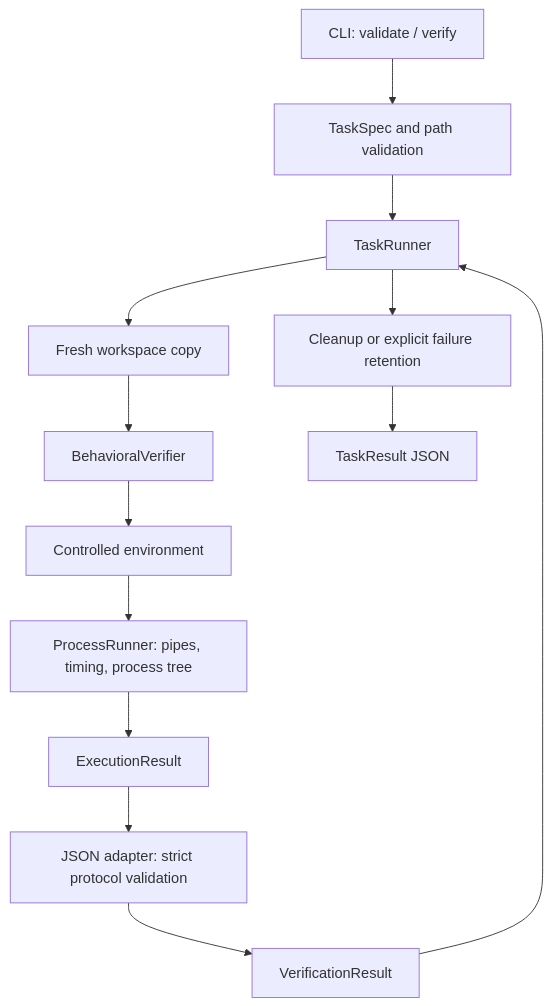
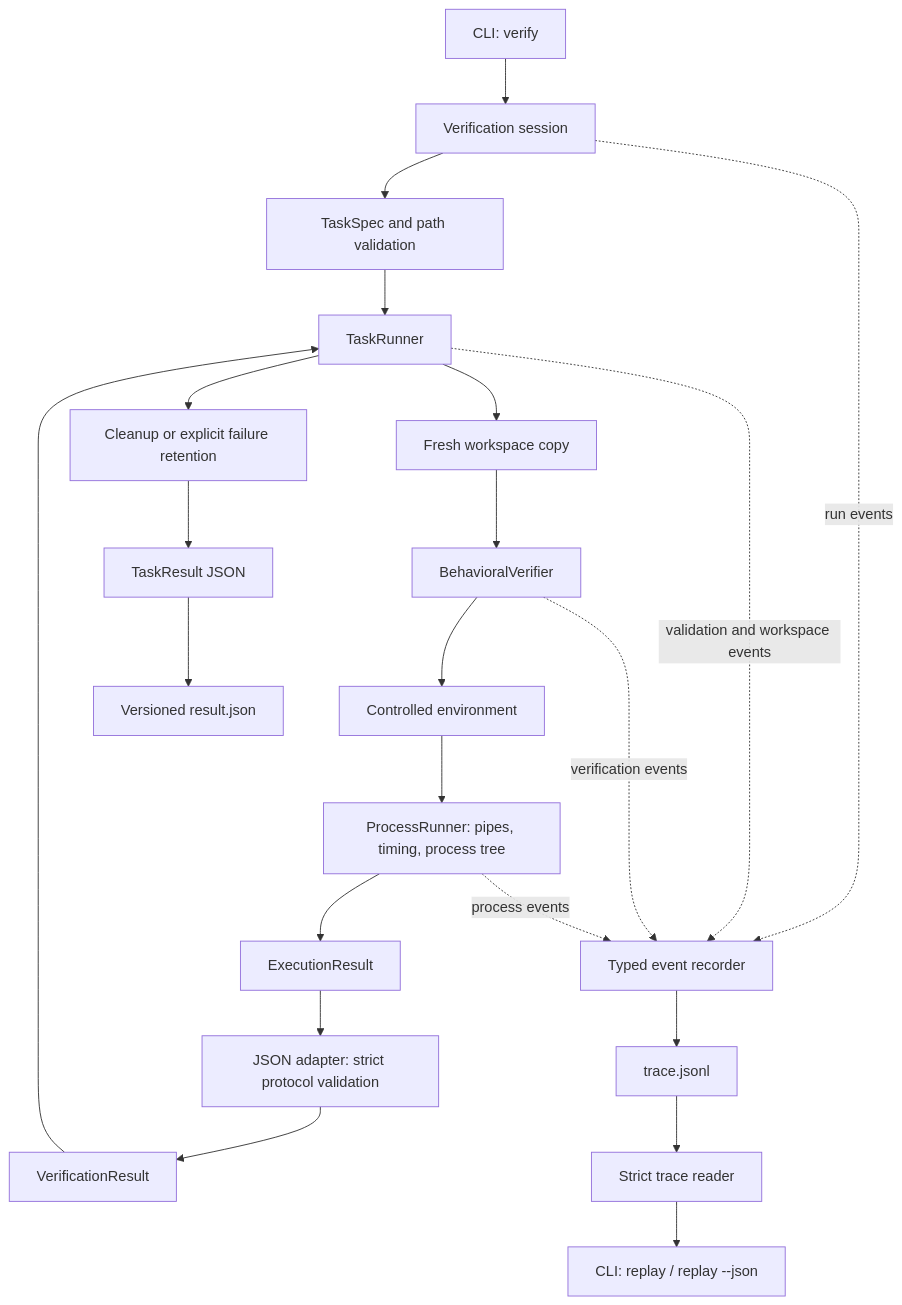
One commit to akashk0702/long-horizon-swe-lab changed the diagram in README.md. Above: the diagram before and after it, drawn with Mermaid. The commit also changed other lines of this file and 25 other files, not shown here.

First line of the commit message:
feat: record structured verification traces and replay stored evidence (#3)

````diff
--- a/README.md
+++ b/README.md
@@ -28,15 +29,24 @@
 ```mermaid
 flowchart TD
-    CLI[CLI: validate / verify] --> Config[TaskSpec and path validation]
+    CLI[CLI: verify] --> Session[Verification session]
+    Session --> Config[TaskSpec and path validation]
     Config --> Coordinator[TaskRunner]
     Coordinator --> Copy[Fresh workspace copy]
     Copy --> Verifier[BehavioralVerifier]
     Verifier --> Env[Controlled environment]
     Env --> Process[ProcessRunner: pipes, timing, process tree]
     Process --> Execution[ExecutionResult]
     Execution --> Adapter[JSON adapter: strict protocol validation]
     Adapter --> Result[VerificationResult]
     Result --> Coordinator
     Coordinator --> Cleanup[Cleanup or explicit failure retention]
     Cleanup --> Report[TaskResult JSON]
+    Session -. run events .-> Recorder[Typed event recorder]
+    Coordinator -. validation and workspace events .-> Recorder
+    Verifier -. verification events .-> Recorder
+    Process -. process events .-> Recorder
+    Recorder --> Trace[trace.jsonl]
+    Report --> Artifact[Versioned result.json]
+    Trace --> Reader[Strict trace reader]
+    Reader --> Replay[CLI: replay / replay --json]
 ```
````
